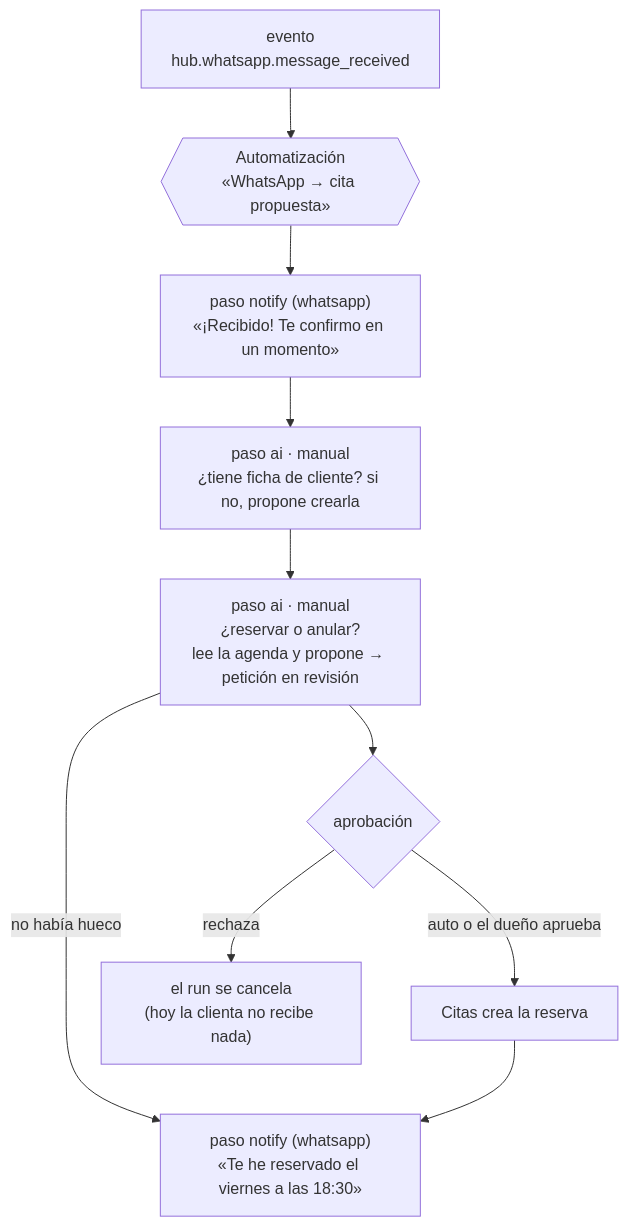
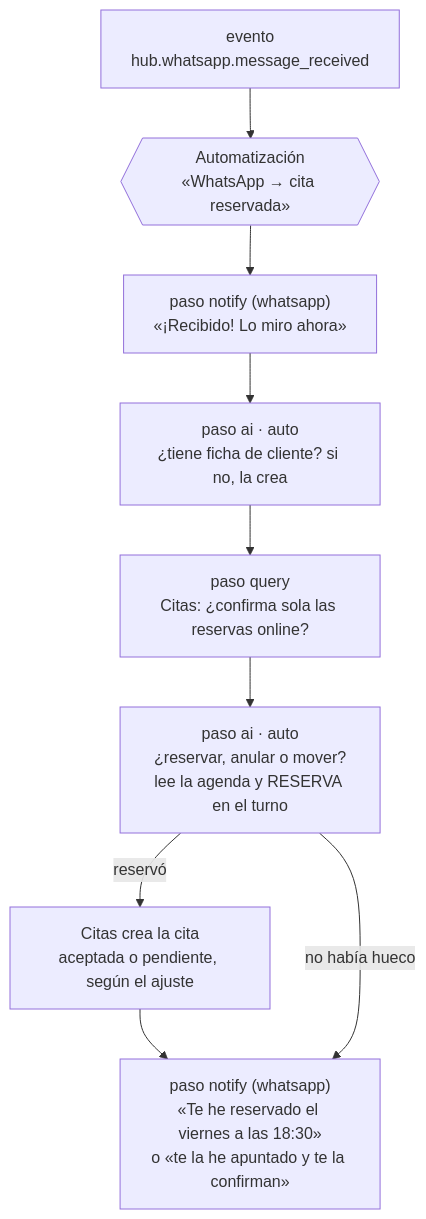
One commit to ERPlora/whatsapp_inbox changed the fourth of 6 diagrams in docs/como-funciona.md. Above: the diagram before and after it, drawn with Mermaid. The commit also changed other lines of this file and 20 other files, not shown here.

First line of the commit message:
Un uso de WhatsApp ofrece UNA sola receta, y la receta cuenta lo que de verdad pasa con la reserva (#124) (#129)

````diff
--- a/docs/como-funciona.md
+++ b/docs/como-funciona.md
@@ -129,12 +129,11 @@
 ```mermaid
 flowchart TD
-    E["evento<br/>hub.whatsapp.message_received"] --> T{{"Automatización<br/>«WhatsApp → cita propuesta»"}}
-    T --> N1["paso notify (whatsapp)<br/>«¡Recibido! Te confirmo en un momento»"]
-    N1 --> A1["paso ai · manual<br/>¿tiene ficha de cliente? si no, propone crearla"]
-    A1 --> A2["paso ai · manual<br/>¿reservar o anular?<br/>lee la agenda y propone → petición en revisión"]
-    A2 --> AP{"aprobación"}
+    E["evento<br/>hub.whatsapp.message_received"] --> T{{"Automatización<br/>«WhatsApp → cita reservada»"}}
+    T --> N1["paso notify (whatsapp)<br/>«¡Recibido! Lo miro ahora»"]
+    N1 --> A1["paso ai · auto<br/>¿tiene ficha de cliente? si no, la crea"]
+    A1 --> Q["paso query<br/>Citas: ¿confirma sola las reservas online?"]
+    Q --> A2["paso ai · auto<br/>¿reservar, anular o mover?<br/>lee la agenda y RESERVA en el turno"]
+    A2 -- "reservó" --> R["Citas crea la cita<br/>aceptada o pendiente, según el ajuste"]
+    R --> N2["paso notify (whatsapp)<br/>«Te he reservado el viernes a las 18:30»<br/>o «te la he apuntado y te la confirman»"]
     A2 -- "no había hueco" --> N2
-    AP -- "auto o el dueño aprueba" --> R["Citas crea la reserva"]
-    R --> N2["paso notify (whatsapp)<br/>«Te he reservado el viernes a las 18:30»"]
-    AP -- "rechaza" --> X["el run se cancela<br/>(hoy la clienta no recibe nada)"]
 ```
````
